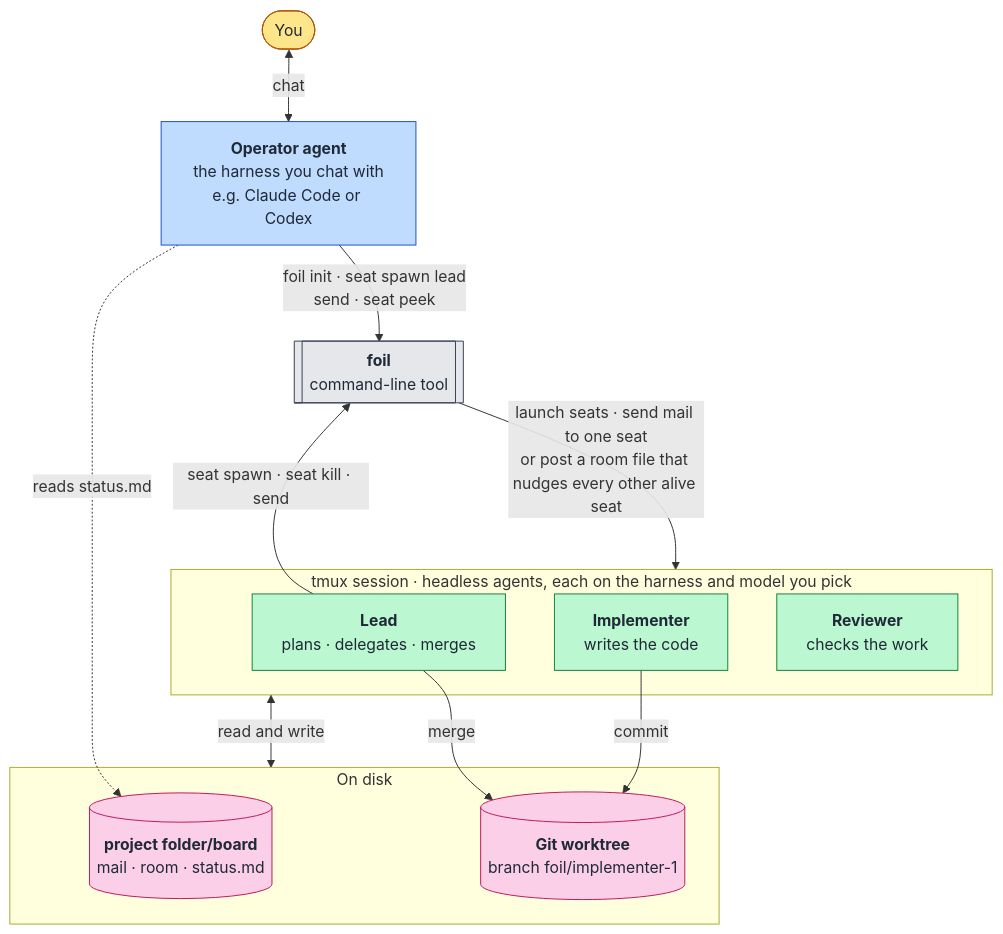
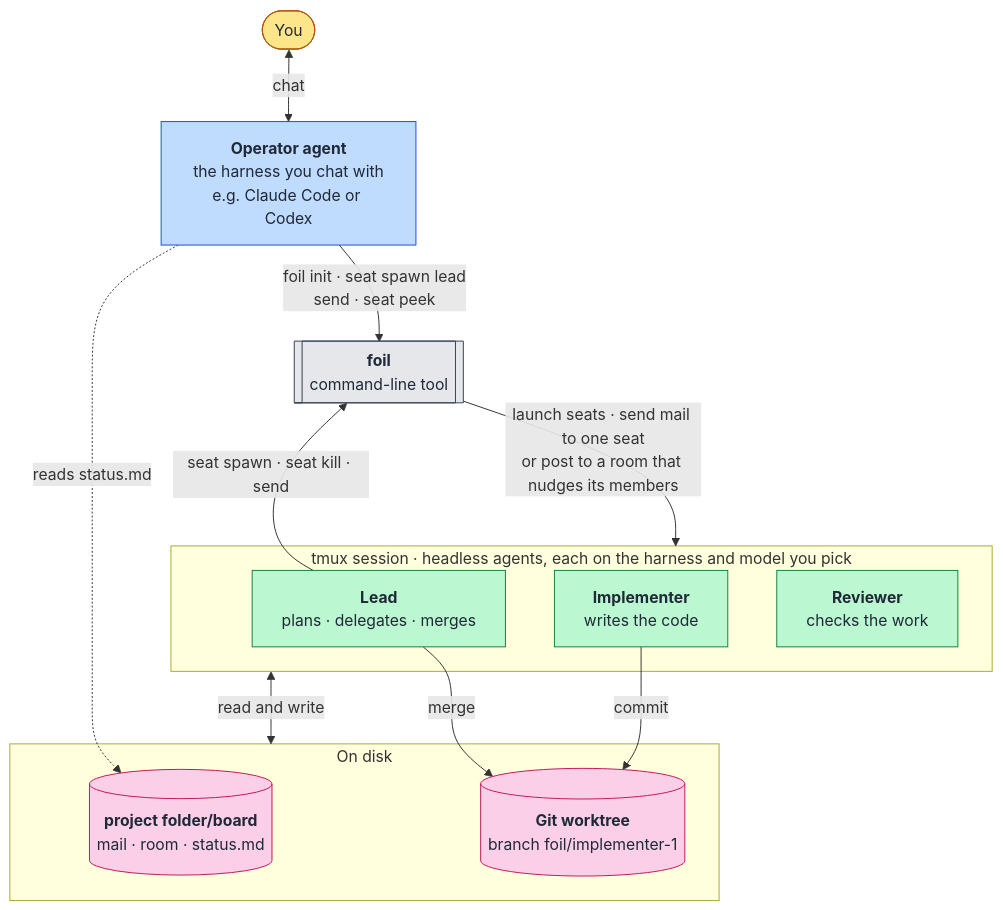
The diagram in README.md (TiantianFlow/foil), drawn with Mermaid before and after one commit. The commit also changed other lines of this file and 15 other files, not shown here.

````diff
--- a/README.md
+++ b/README.md
@@ -37,37 +37,37 @@
 ```mermaid
 flowchart TB
   you(["You"])
   operator["<b>Operator agent</b><br/>the harness you chat with<br/>e.g. Claude Code or Codex"]
   foil[["<b>foil</b><br/>command-line tool"]]
 
   subgraph fleet["tmux session · headless agents, each on the harness and model you pick"]
     lead["<b>Lead</b><br/>plans · delegates · merges"]
     impl["<b>Implementer</b><br/>writes the code"]
     rev["<b>Reviewer</b><br/>checks the work"]
   end
 
   subgraph disk["On disk"]
     board[("<b>project folder/board</b><br/>mail · room · status.md")]
     tree[("<b>Git worktree</b><br/>branch foil/implementer-1")]
   end
 
   you <-->|chat| operator
   operator -->|"foil init · seat spawn lead<br/>send · seat peek"| foil
   lead -->|"seat spawn · seat kill · send"| foil
-  foil -->|"launch seats · send mail to one seat<br/>or post a room file that nudges every other alive seat"| fleet
+  foil -->|"launch seats · send mail to one seat<br/>or post to a room that nudges its members"| fleet
   fleet <-->|read and write| disk
   impl -->|commit| tree
   lead -->|merge| tree
   operator -.->|reads status.md| board
 
   classDef human fill:#fde68a,stroke:#b45309,color:#1f2937
   classDef yours fill:#bfdbfe,stroke:#1d4ed8,color:#1f2937
   classDef tool fill:#e5e7eb,stroke:#374151,color:#1f2937
   classDef seat fill:#bbf7d0,stroke:#15803d,color:#1f2937
   classDef data fill:#fbcfe8,stroke:#be185d,color:#1f2937
   class you human
   class operator yours
   class foil tool
   class lead,impl,rev seat
   class board,tree data
 ```
````
